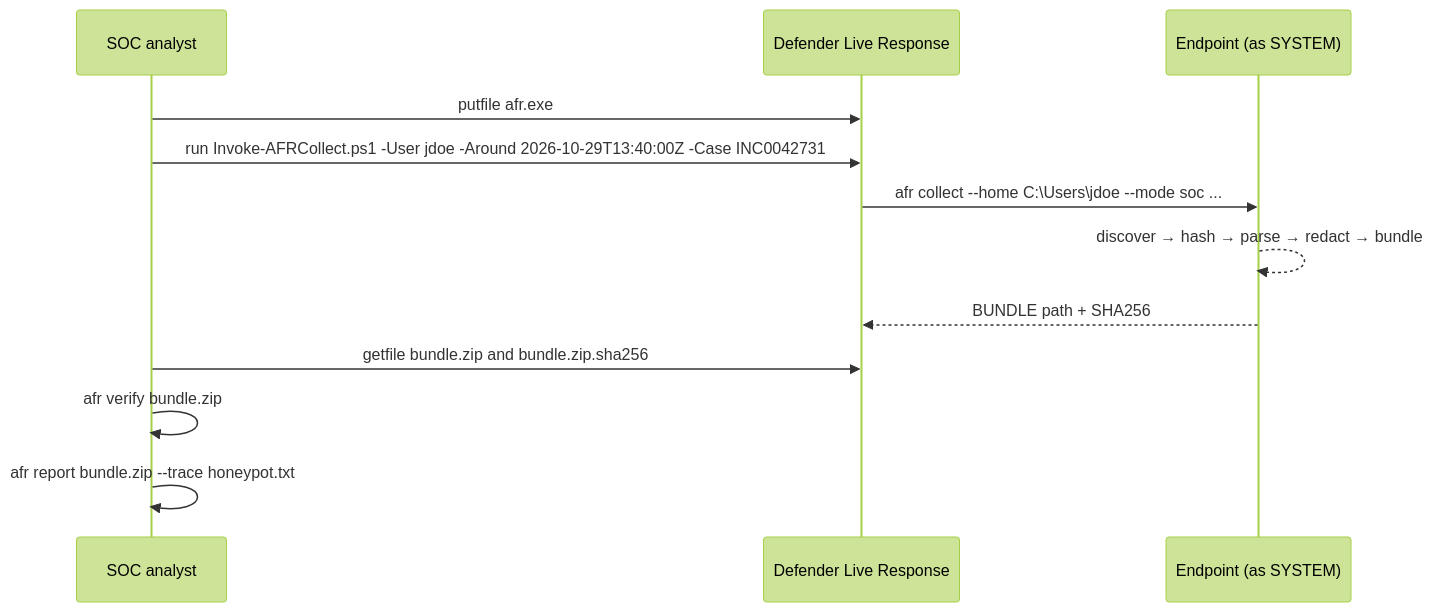
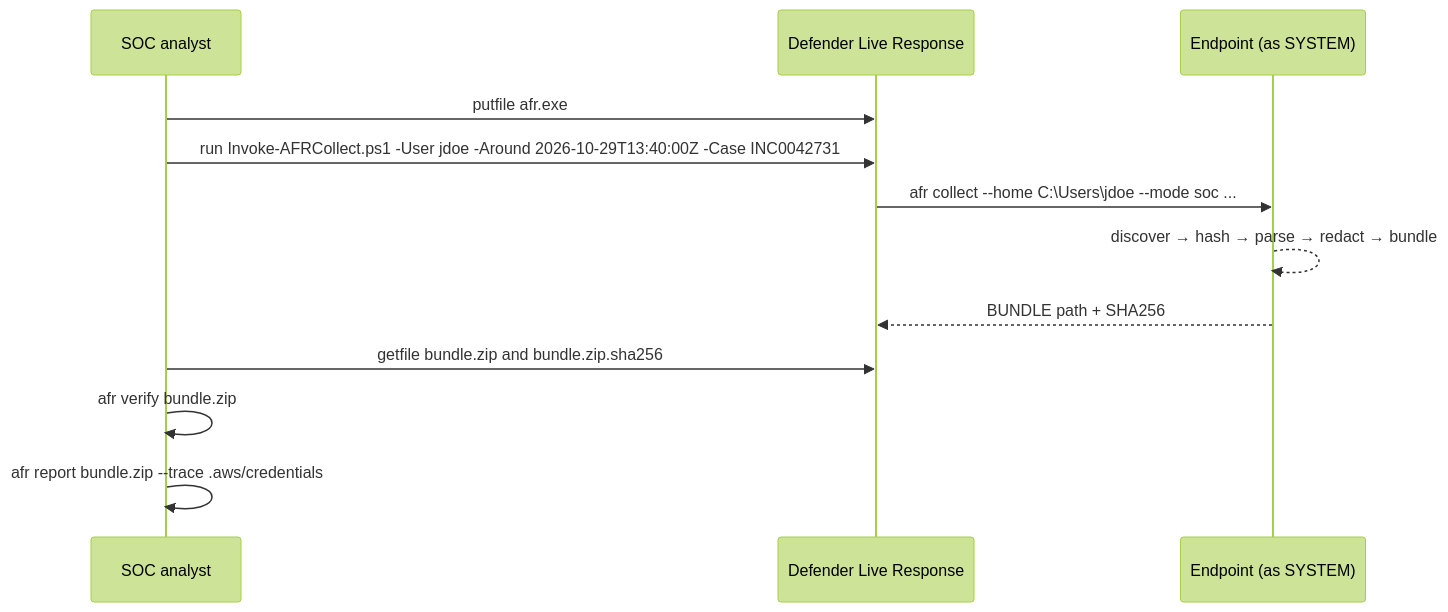
Before and after one commit to bogdanticu88/agent-flight-recorder: the second of 3 diagrams in README.md, drawn with Mermaid (forest theme). The commit also changed other lines of this file and 2 other files, not shown here.

````diff
--- a/README.md
+++ b/README.md
@@ -53,14 +55,14 @@
 ```mermaid
 sequenceDiagram
   participant SOC as SOC analyst
   participant MDE as Defender Live Response
   participant EP as Endpoint (as SYSTEM)
   SOC->>MDE: putfile afr.exe
   SOC->>MDE: run Invoke-AFRCollect.ps1 -User jdoe -Around 2026-10-29T13:40:00Z -Case INC0042731
   MDE->>EP: afr collect --home C:\Users\jdoe --mode soc ...
   EP-->>EP: discover → hash → parse → redact → bundle
   EP-->>MDE: BUNDLE path + SHA256
   SOC->>MDE: getfile bundle.zip and bundle.zip.sha256
   SOC->>SOC: afr verify bundle.zip
-  SOC->>SOC: afr report bundle.zip --trace honeypot.txt
+  SOC->>SOC: afr report bundle.zip --trace .aws/credentials
 ```
````
